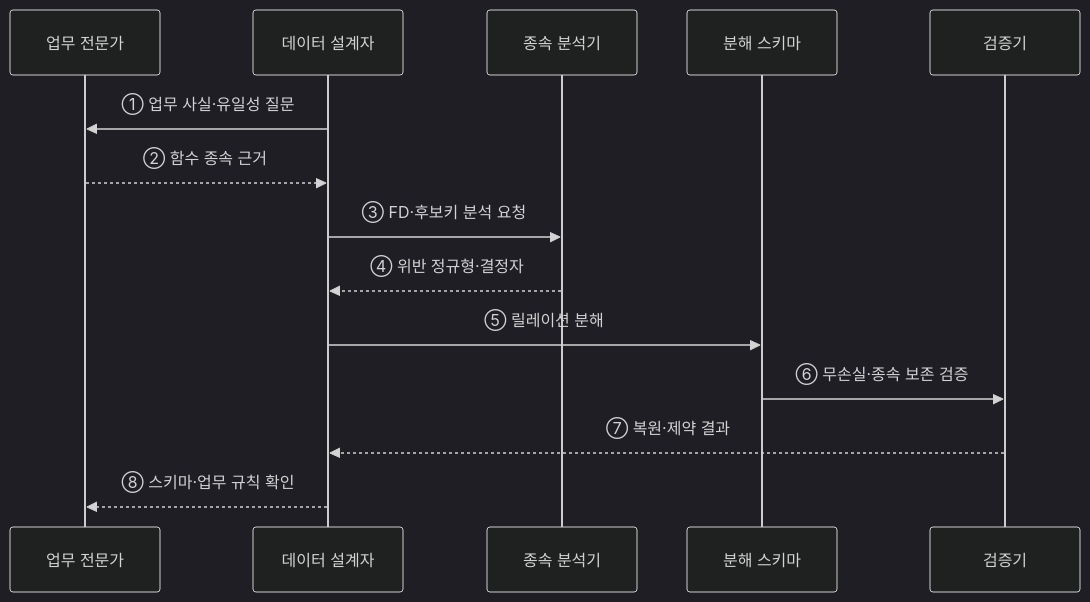
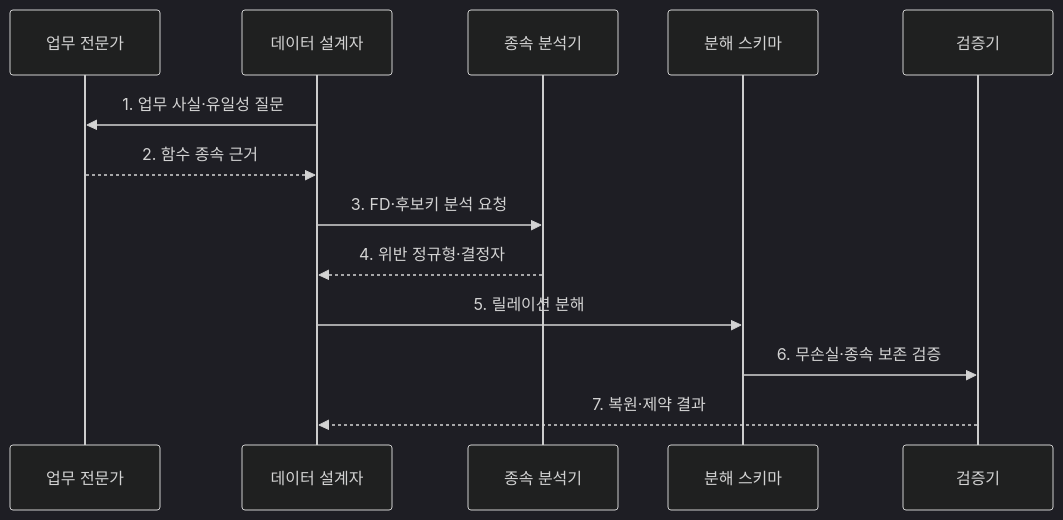
Before and after one commit to agnusdei1207/knowledge-base: the second of 2 diagrams in src/content/docs/notes/03-software/089_database_normalization.md, drawn with Mermaid (dark theme). The commit also changed other lines of this file and 20 other files, not shown here.

````diff
--- a/src/content/docs/notes/03-software/089_database_normalization.md
+++ b/src/content/docs/notes/03-software/089_database_normalization.md
@@ -76,16 +84,15 @@
 ```mermaid
 sequenceDiagram
     participant B as 업무 전문가
     participant D as 데이터 설계자
     participant F as 종속 분석기
     participant S as 분해 스키마
     participant V as 검증기
-    D->>B: ① 업무 사실·유일성 질문
-    B-->>D: ② 함수 종속 근거
-    D->>F: ③ FD·후보키 분석 요청
-    F-->>D: ④ 위반 정규형·결정자
-    D->>S: ⑤ 릴레이션 분해
-    S->>V: ⑥ 무손실·종속 보존 검증
-    V-->>D: ⑦ 복원·제약 결과
-    D-->>B: ⑧ 스키마·업무 규칙 확인
+    D->>B: 1. 업무 사실·유일성 질문
+    B-->>D: 2. 함수 종속 근거
+    D->>F: 3. FD·후보키 분석 요청
+    F-->>D: 4. 위반 정규형·결정자
+    D->>S: 5. 릴레이션 분해
+    S->>V: 6. 무손실·종속 보존 검증
+    V-->>D: 7. 복원·제약 결과
 ```
````
